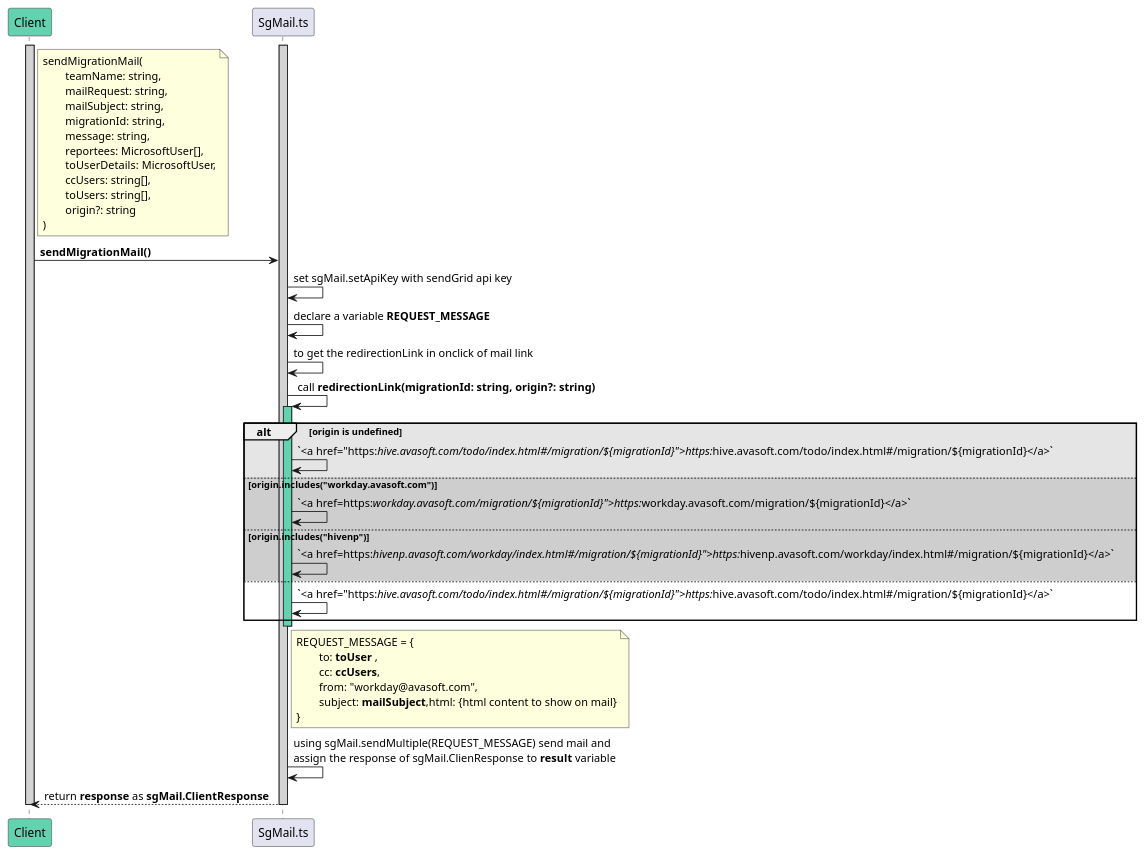
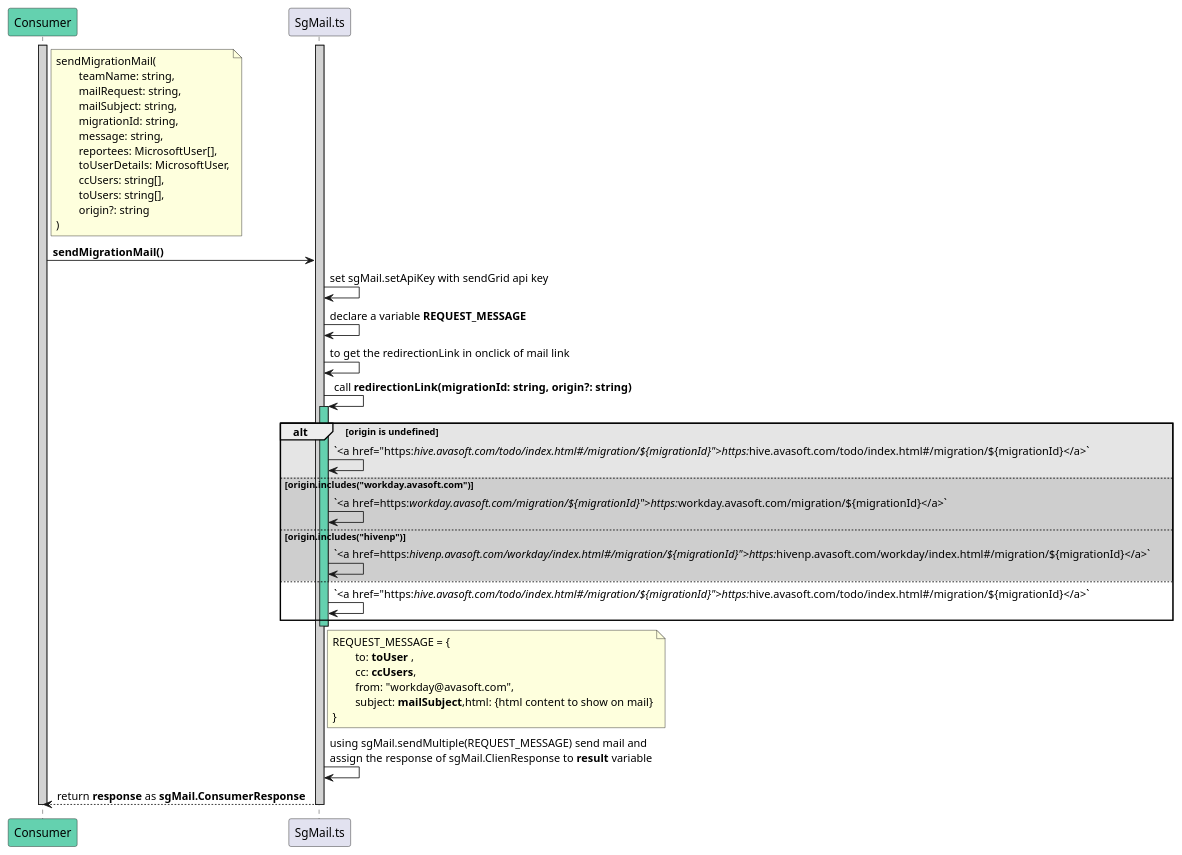
The diagram in backend/shared_services_design/send_migration_mail.sgMail.helpers.users.puml (avasoft-mobility/workday-design), drawn with PlantUML before and after one commit. The commit also changed 25 other files, not shown here.

Commit message:
Add consumer instead of Client

```diff
--- a/backend/shared_services_design/send_migration_mail.sgMail.helpers.users.puml
+++ b/backend/shared_services_design/send_migration_mail.sgMail.helpers.users.puml
@@ -1,41 +1,41 @@
 @startuml getReporteeDetails method
-participant Client #64D1AF
+participant Consumer #64D1AF
 participant SgMail.ts
 
-activate Client #D3D3D3
+activate Consumer #D3D3D3
 activate SgMail.ts #D3D3D3
 
-note right of Client : sendMigrationMail(\n\tteamName: string,\n\tmailRequest: string,\n\tmailSubject: string,\n\tmigrationId: string,\n\tmessage: string,\n\treportees: MicrosoftUser[],\n\ttoUserDetails: MicrosoftUser,\n\tccUsers: string[],\n\ttoUsers: string[],\n\torigin?: string\n)
+note right of Consumer : sendMigrationMail(\n\tteamName: string,\n\tmailRequest: string,\n\tmailSubject: string,\n\tmigrationId: string,\n\tmessage: string,\n\treportees: MicrosoftUser[],\n\ttoUserDetails: MicrosoftUser,\n\tccUsers: string[],\n\ttoUsers: string[],\n\torigin?: string\n)
  
-Client -> SgMail.ts : **sendMigrationMail()**
+Consumer -> SgMail.ts : **sendMigrationMail()**
 
 SgMail.ts -> SgMail.ts : set sgMail.setApiKey with sendGrid api key
 
 SgMail.ts -> SgMail.ts : declare a variable **REQUEST_MESSAGE**
 
 SgMail.ts -> SgMail.ts : to get the redirectionLink in onclick of mail link
 
 SgMail.ts -> SgMail.ts : call **redirectionLink(migrationId: string, origin?: string)**
 
 activate SgMail.ts #64D1AF
 
 alt #0000001a origin is undefined
     SgMail.ts -> SgMail.ts : `<a href="https://hive.avasoft.com/todo/index.html#/migration/${migrationId}">https://hive.avasoft.com/todo/index.html#/migration/${migrationId}</a>`
 else origin.includes("workday.avasoft.com")
     SgMail.ts -> SgMail.ts : `<a href=https://workday.avasoft.com/migration/${migrationId}">https://workday.avasoft.com/migration/${migrationId}</a>`
 else origin.includes("hivenp")
     SgMail.ts -> SgMail.ts : `<a href=https://hivenp.avasoft.com/workday/index.html#/migration/${migrationId}">https://hivenp.avasoft.com/workday/index.html#/migration/${migrationId}</a>`
 else #FFFFFF
     SgMail.ts -> SgMail.ts : `<a href="https://hive.avasoft.com/todo/index.html#/migration/${migrationId}">https://hive.avasoft.com/todo/index.html#/migration/${migrationId}</a>`
 end
 
 deactivate SgMail.ts 
 
 note right of SgMail.ts : REQUEST_MESSAGE = {\n\tto: **toUser** , \n\tcc: **ccUsers**, \n\tfrom: "workday@avasoft.com", \n\tsubject: **mailSubject**,html: {html content to show on mail}\n}
 
 SgMail.ts -> SgMail.ts : using sgMail.sendMultiple(REQUEST_MESSAGE) send mail and \nassign the response of sgMail.ClienResponse to **result** variable 
 
-Client <-- SgMail.ts : return **response** as **sgMail.ClientResponse**
+Consumer <-- SgMail.ts : return **response** as **sgMail.ConsumerResponse**
 deactivate SgMail.ts
-deactivate Client
+deactivate Consumer
 @enduml
```
